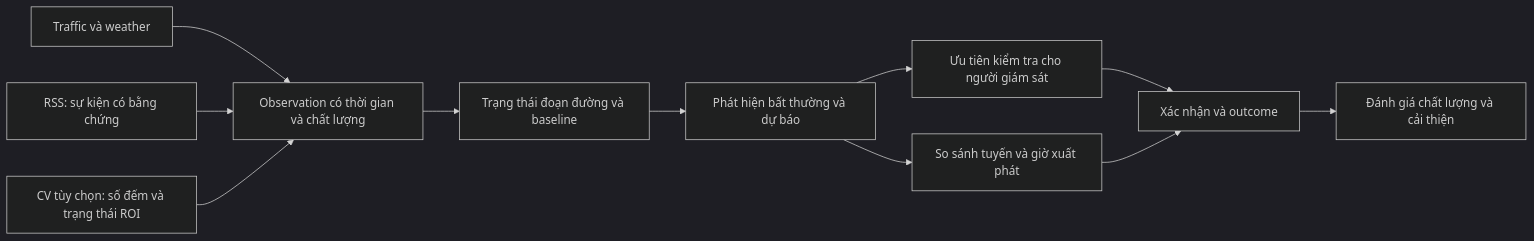
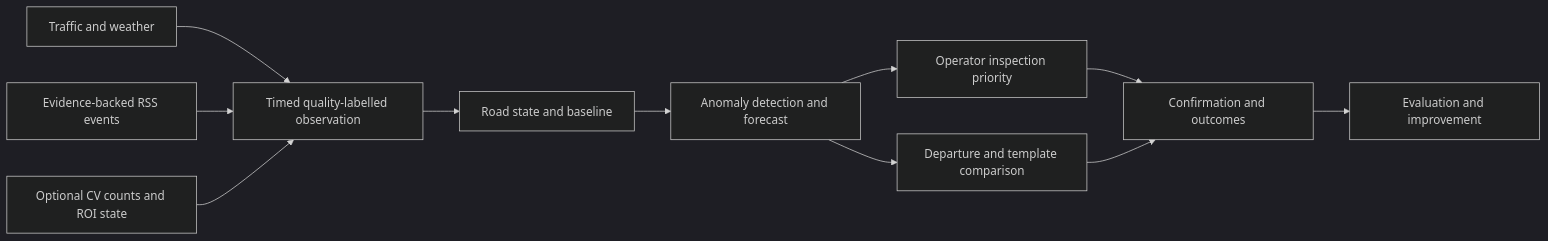
Before and after one commit to lh6104/INT3229E_BigData__Cognitve-Traffic-Analytics-Platform: the diagram in docs/research/cognitive-traffic-direction-v1.md, drawn with Mermaid (dark theme). The commit also changed other lines of this file and 95 other files, not shown here.

````diff
--- a/docs/research/cognitive-traffic-direction-v1.md
+++ b/docs/research/cognitive-traffic-direction-v1.md
@@ -57,13 +46,13 @@
 ```mermaid
 flowchart LR
-    A[Traffic và weather] --> D[Observation có thời gian và chất lượng]
-    B[RSS: sự kiện có bằng chứng] --> D
-    C[CV tùy chọn: số đếm và trạng thái ROI] --> D
-    D --> E[Trạng thái đoạn đường và baseline]
-    E --> F[Phát hiện bất thường và dự báo]
-    F --> G[Ưu tiên kiểm tra cho người giám sát]
-    F --> H[So sánh tuyến và giờ xuất phát]
-    G --> I[Xác nhận và outcome]
+    A[Traffic and weather] --> D[Timed quality-labelled observation]
+    B[Evidence-backed RSS events] --> D
+    C[Optional CV counts and ROI state] --> D
+    D --> E[Road state and baseline]
+    E --> F[Anomaly detection and forecast]
+    F --> G[Operator inspection priority]
+    F --> H[Departure and template comparison]
+    G --> I[Confirmation and outcomes]
     H --> I
-    I --> J[Đánh giá chất lượng và cải thiện]
+    I --> J[Evaluation and improvement]
 ```
````
